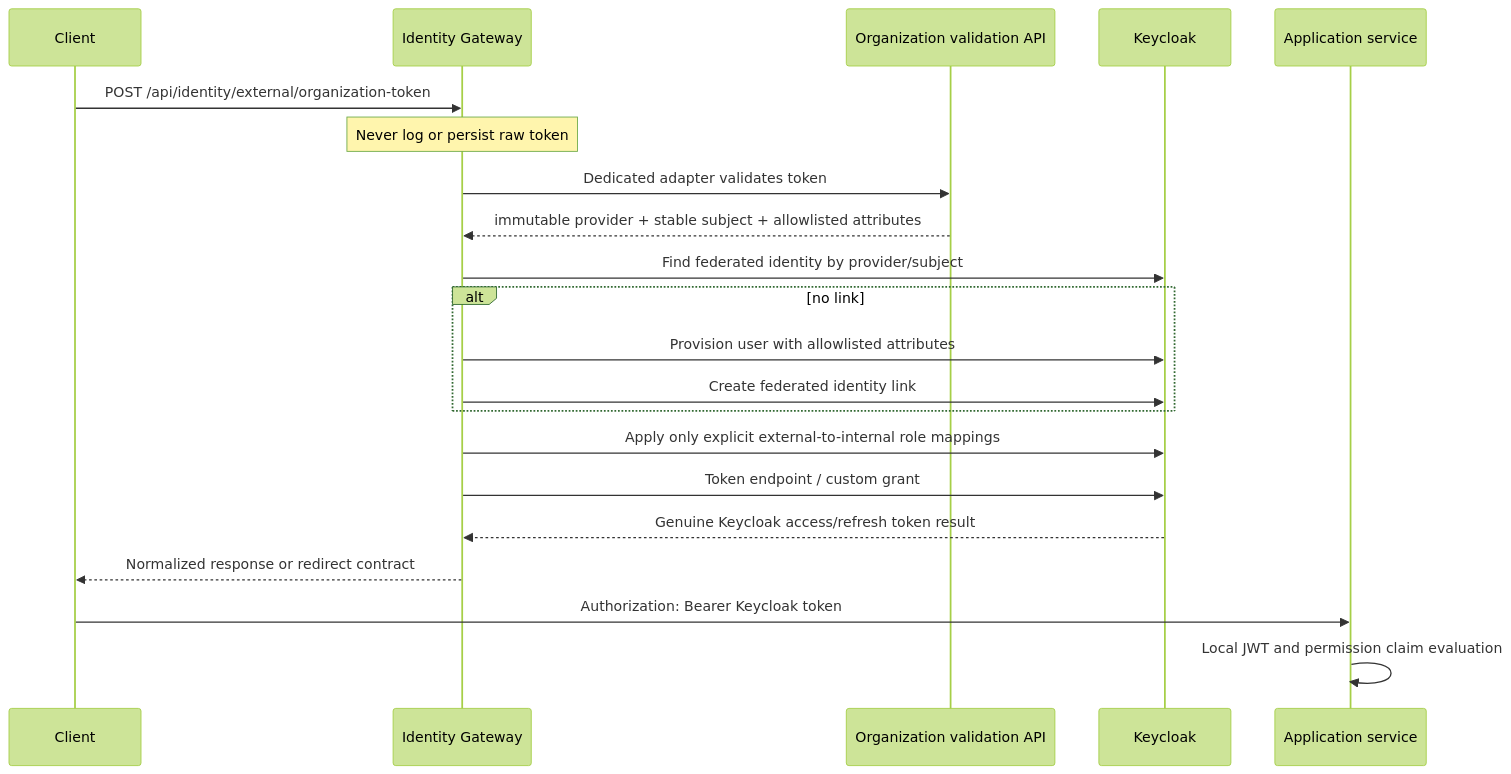
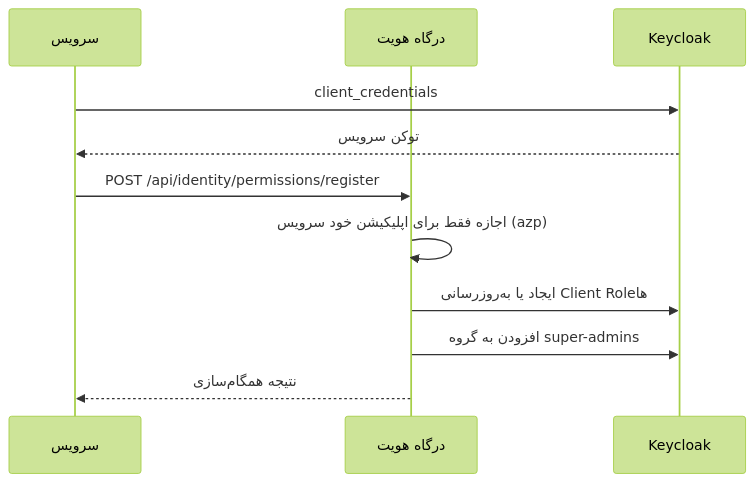
Before and after one commit to JashSmith/identity-service: the third of 3 diagrams in docs/architecture.md, drawn with Mermaid (forest theme). The commit also changed other lines of this file and 12 other files, not shown here.

First line of the commit message:
docs: Persian README, architecture with the Keycloak data model, run guide and API summary (phase 11)

````diff
--- a/docs/architecture.md
+++ b/docs/architecture.md
@@ -75,24 +141,13 @@
 ```mermaid
 sequenceDiagram
-    participant C as Client
-    participant F as Identity Gateway
-    participant V as Organization validation API
+    participant S as سرویس
+    participant G as درگاه هویت
     participant K as Keycloak
-    participant S as Application service
-
-    C->>F: POST /api/identity/external/organization-token
-    Note over F: Never log or persist raw token
-    F->>V: Dedicated adapter validates token
-    V-->>F: immutable provider + stable subject + allowlisted attributes
-    F->>K: Find federated identity by provider/subject
-    alt no link
-        F->>K: Provision user with allowlisted attributes
-        F->>K: Create federated identity link
-    end
-    F->>K: Apply only explicit external-to-internal role mappings
-    F->>K: Token endpoint / custom grant
-    K-->>F: Genuine Keycloak access/refresh token result
-    F-->>C: Normalized response or redirect contract
-    C->>S: Authorization: Bearer Keycloak token
-    S->>S: Local JWT and permission claim evaluation
+    S->>K: client_credentials
+    K-->>S: توکن سرویس
+    S->>G: POST /api/identity/permissions/register
+    G->>G: اجازه فقط برای اپلیکیشن خود سرویس (azp)
+    G->>K: ایجاد یا به‌روزرسانی Client Roleها
+    G->>K: افزودن به گروه super-admins
+    G-->>S: نتیجه همگام‌سازی
 ```
````
